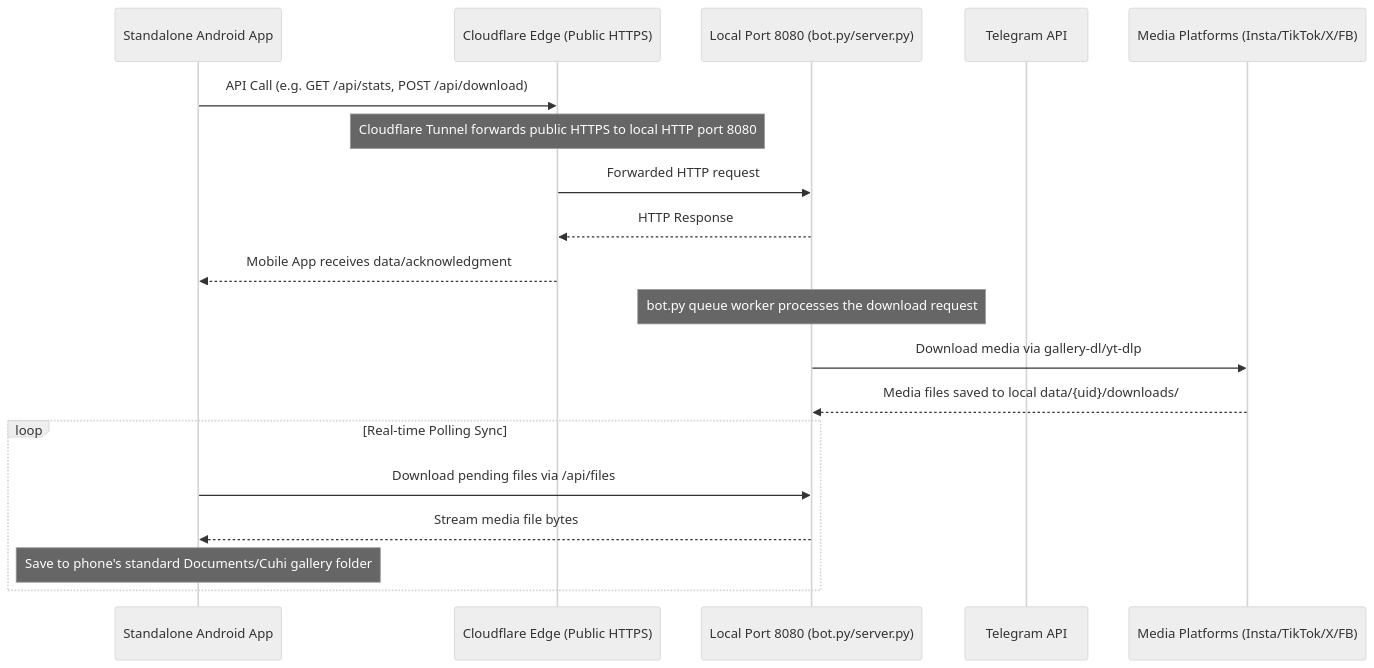
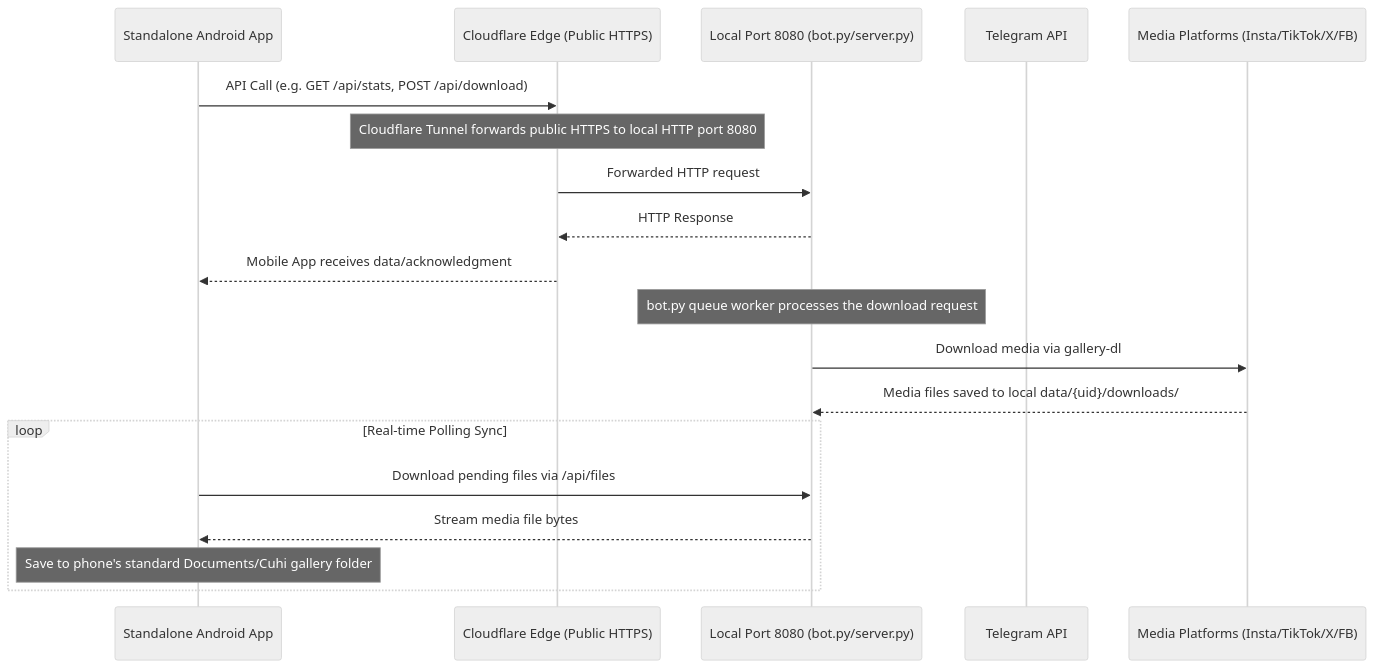
Before and after one commit to copyrightnews/cuhibot: the diagram in README.md, drawn with Mermaid (neutral theme). The commit also changed other lines of this file and 7 other files, not shown here.

````diff
--- a/README.md
+++ b/README.md
@@ -112,24 +125,24 @@
 ```mermaid
 sequenceDiagram
     participant App as Standalone Android App
     participant CF as Cloudflare Edge (Public HTTPS)
     participant LocalHost as Local Port 8080 (bot.py/server.py)
     participant TG as Telegram API
     participant Target as Media Platforms (Insta/TikTok/X/FB)
 
     App->>CF: API Call (e.g. GET /api/stats, POST /api/download)
     Note over CF: Cloudflare Tunnel forwards public HTTPS to local HTTP port 8080
     CF->>LocalHost: Forwarded HTTP request
     LocalHost-->>CF: HTTP Response
     CF-->>App: Mobile App receives data/acknowledgment
     
     Note over LocalHost: bot.py queue worker processes the download request
-    LocalHost->>Target: Download media via gallery-dl/yt-dlp
+    LocalHost->>Target: Download media via gallery-dl
     Target-->>LocalHost: Media files saved to local data/{uid}/downloads/
     
     loop Real-time Polling Sync
         App->>LocalHost: Download pending files via /api/files
         LocalHost-->>App: Stream media file bytes
         Note over App: Save to phone's standard Documents/Cuhi gallery folder
     end
 ```
````
